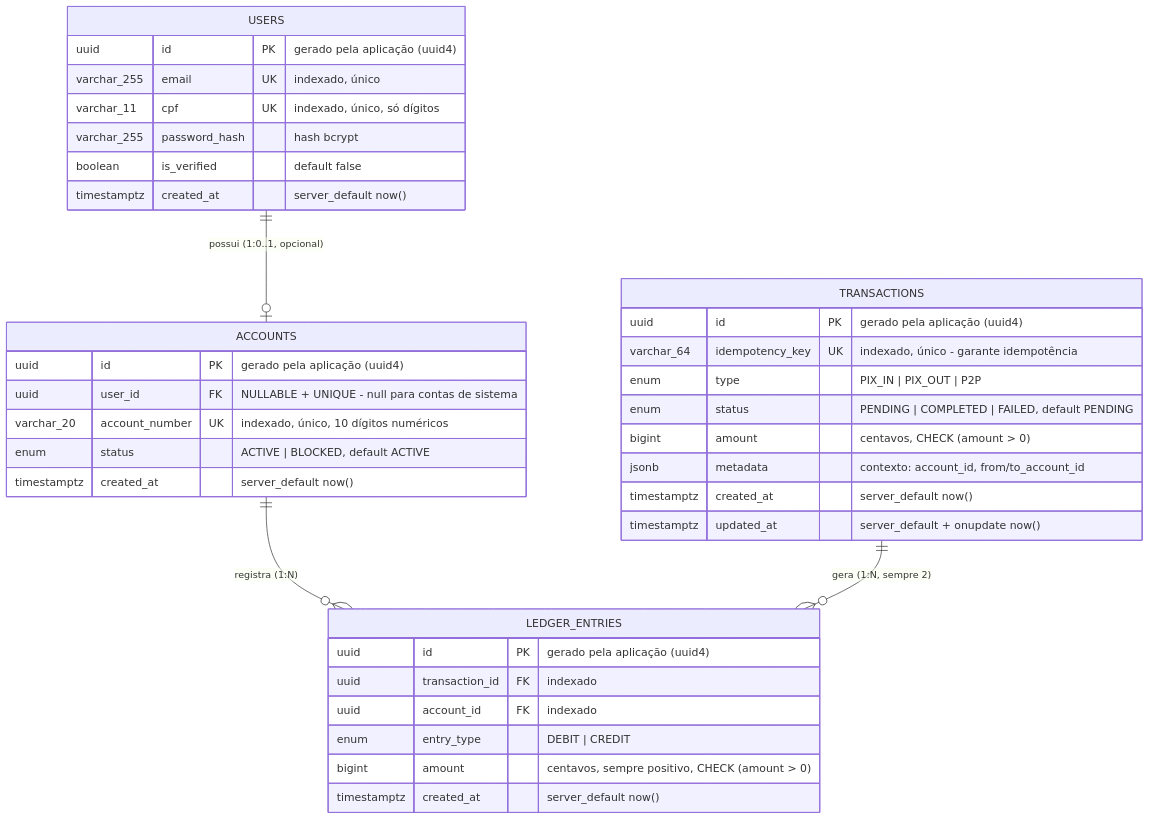
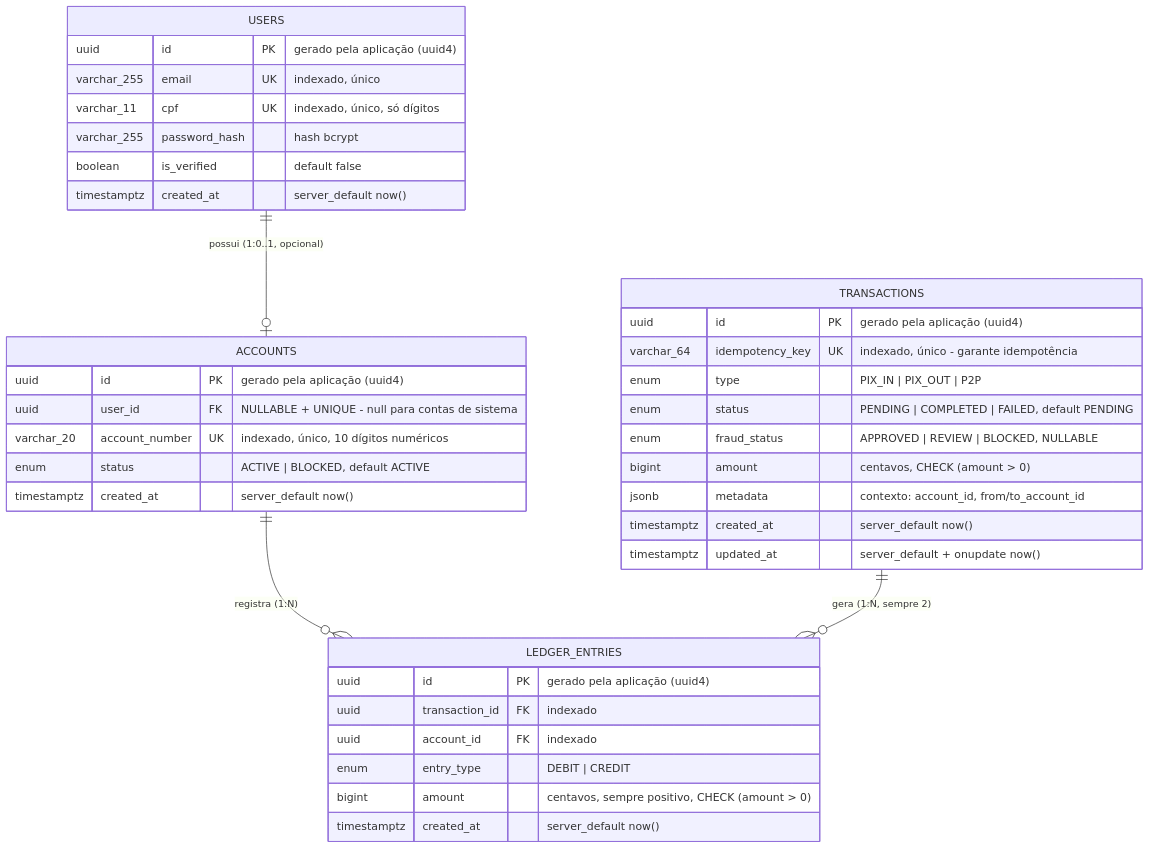
One commit to MariaHilmar/paycore changed the diagram in docs/modelo-dados.md. Above: the diagram before and after it, drawn with Mermaid. The commit also changed other lines of this file and 20 other files, not shown here.

````diff
--- a/docs/modelo-dados.md
+++ b/docs/modelo-dados.md
@@ -21,43 +21,44 @@
 ```mermaid
 erDiagram
     USERS ||--o| ACCOUNTS : "possui (1:0..1, opcional)"
     ACCOUNTS ||--o{ LEDGER_ENTRIES : "registra (1:N)"
     TRANSACTIONS ||--o{ LEDGER_ENTRIES : "gera (1:N, sempre 2)"
 
     USERS {
         uuid id PK "gerado pela aplicação (uuid4)"
         varchar_255 email UK "indexado, único"
         varchar_11 cpf UK "indexado, único, só dígitos"
         varchar_255 password_hash "hash bcrypt"
         boolean is_verified "default false"
         timestamptz created_at "server_default now()"
     }
 
     ACCOUNTS {
         uuid id PK "gerado pela aplicação (uuid4)"
         uuid user_id FK "NULLABLE + UNIQUE - null para contas de sistema"
         varchar_20 account_number UK "indexado, único, 10 dígitos numéricos"
         enum status "ACTIVE | BLOCKED, default ACTIVE"
         timestamptz created_at "server_default now()"
     }
 
     TRANSACTIONS {
         uuid id PK "gerado pela aplicação (uuid4)"
         varchar_64 idempotency_key UK "indexado, único - garante idempotência"
         enum type "PIX_IN | PIX_OUT | P2P"
         enum status "PENDING | COMPLETED | FAILED, default PENDING"
+        enum fraud_status "APPROVED | REVIEW | BLOCKED, NULLABLE"
         bigint amount "centavos, CHECK (amount > 0)"
         jsonb metadata "contexto: account_id, from/to_account_id"
         timestamptz created_at "server_default now()"
         timestamptz updated_at "server_default + onupdate now()"
     }
 
     LEDGER_ENTRIES {
         uuid id PK "gerado pela aplicação (uuid4)"
         uuid transaction_id FK "indexado"
         uuid account_id FK "indexado"
         enum entry_type "DEBIT | CREDIT"
         bigint amount "centavos, sempre positivo, CHECK (amount > 0)"
         timestamptz created_at "server_default now()"
     }
 ```
````
